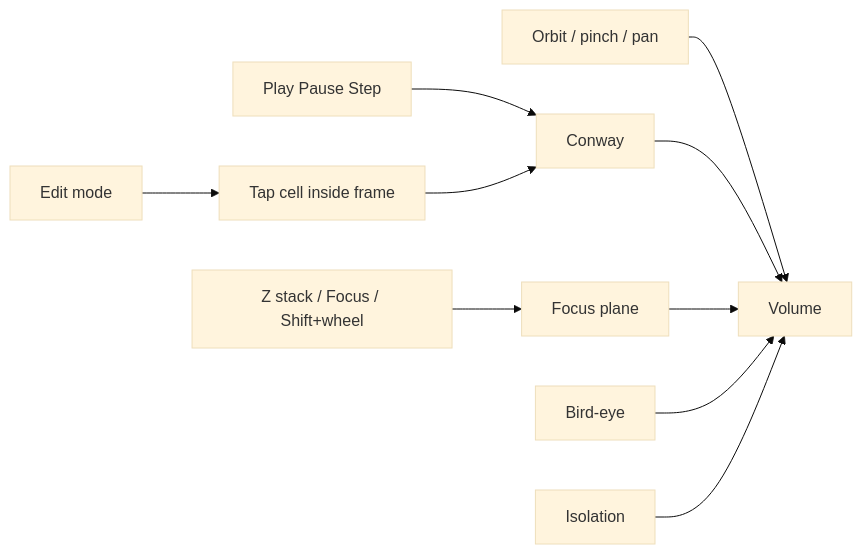
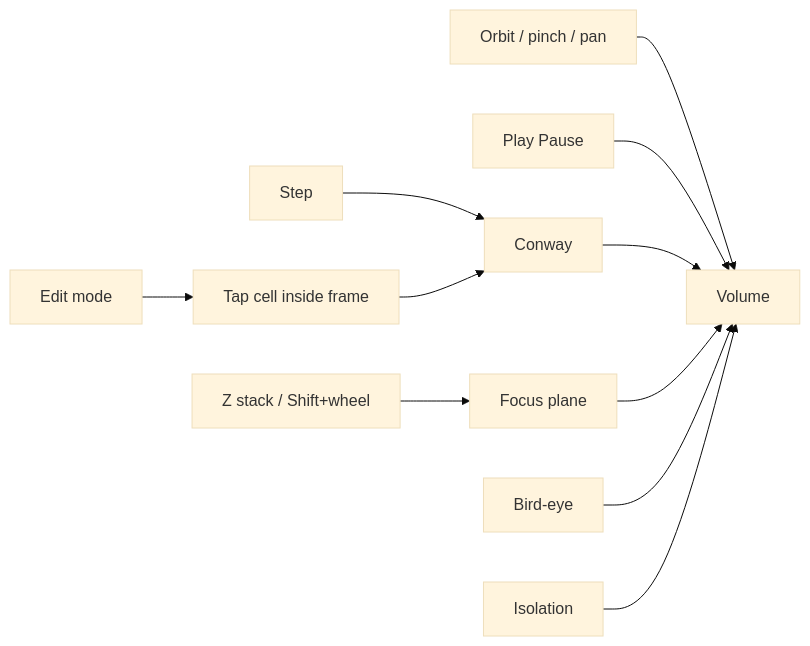
The diagram in docs/gui.md (PiMaV/DONNER), drawn with Mermaid (base theme) before and after one commit. The commit also changed other lines of this file and 13 other files, not shown here.

First line of the commit message:
Separate the display HUD from Conway telemetry and keep the playhead on the Z stack.

````diff
--- a/docs/gui.md
+++ b/docs/gui.md
@@ -8,12 +8,13 @@
 ```mermaid
 flowchart LR
   orbit[Orbit / pinch / pan] --> scene[Volume]
-  play[Play Pause Step] --> sim[Conway]
+  play[Play Pause] --> scene
+  step[Step] --> sim[Conway]
   sim --> scene
-  scrub[Z stack / Focus / Shift+wheel] --> plane[Focus plane]
+  scrub[Z stack / Shift+wheel] --> plane[Focus plane]
   plane --> scene
   edit[Edit mode] --> paint[Tap cell inside frame]
   paint --> sim
   bird[Bird-eye] --> scene
   iso[Isolation] --> scene
 ```
````
